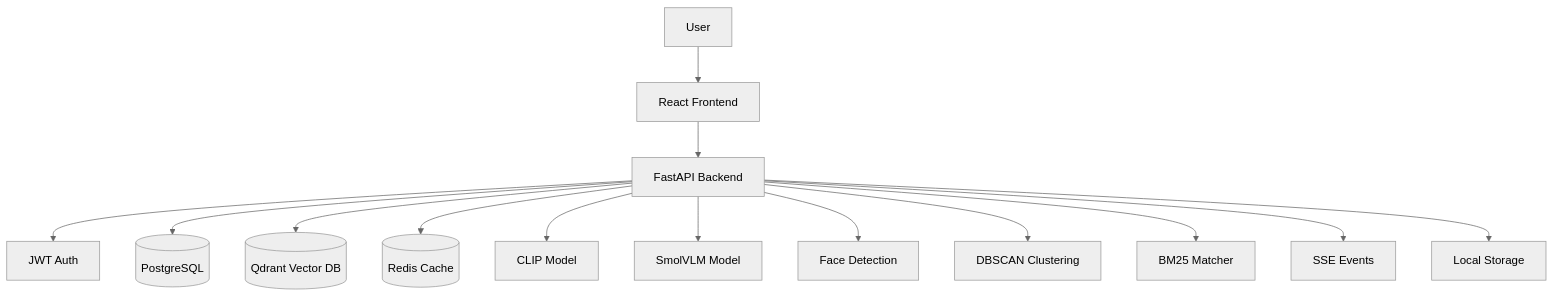
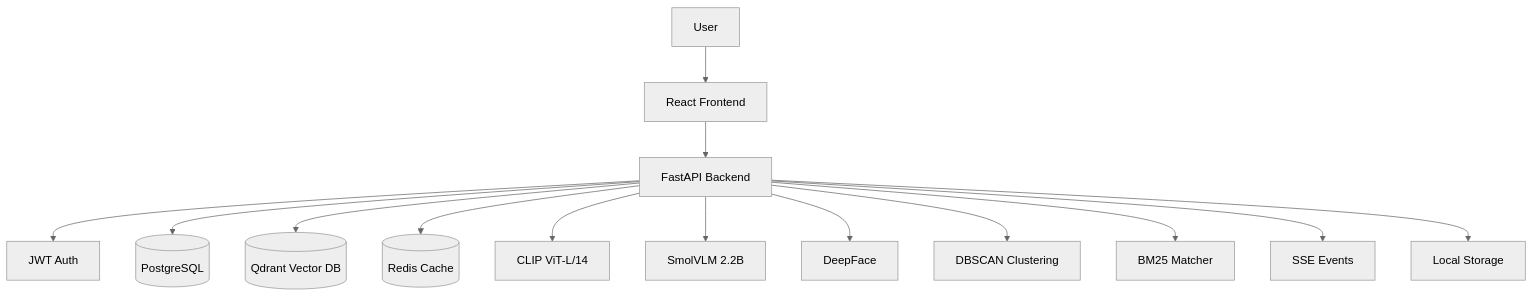
The diagram in README.md (aryan-marthak/Media-Search), drawn with Mermaid (neutral theme) before and after one commit. The commit also changed other lines of this file and 1 other file, not shown here.

````diff
--- a/README.md
+++ b/README.md
@@ -27,16 +25,16 @@
 ```mermaid
 graph TB
     User[User] --> Frontend[React Frontend]
     Frontend --> API[FastAPI Backend]
-    API --> AuthModule[JWT Auth]
+    API --> AuthService[JWT Auth]
     API --> PG[(PostgreSQL)]
     API --> Qdrant[(Qdrant Vector DB)]
     API --> Redis[(Redis Cache)]
-    API --> CLIP[CLIP Model]
-    API --> VLM[SmolVLM Model]
-    API --> Face[Face Detection]
+    API --> CLIP[CLIP ViT-L/14]
+    API --> VLM[SmolVLM 2.2B]
+    API --> Face[DeepFace]
     API --> Clustering[DBSCAN Clustering]
     API --> BM25[BM25 Matcher]
     API --> SSE[SSE Events]
     API --> Storage[Local Storage]
 ```
````
